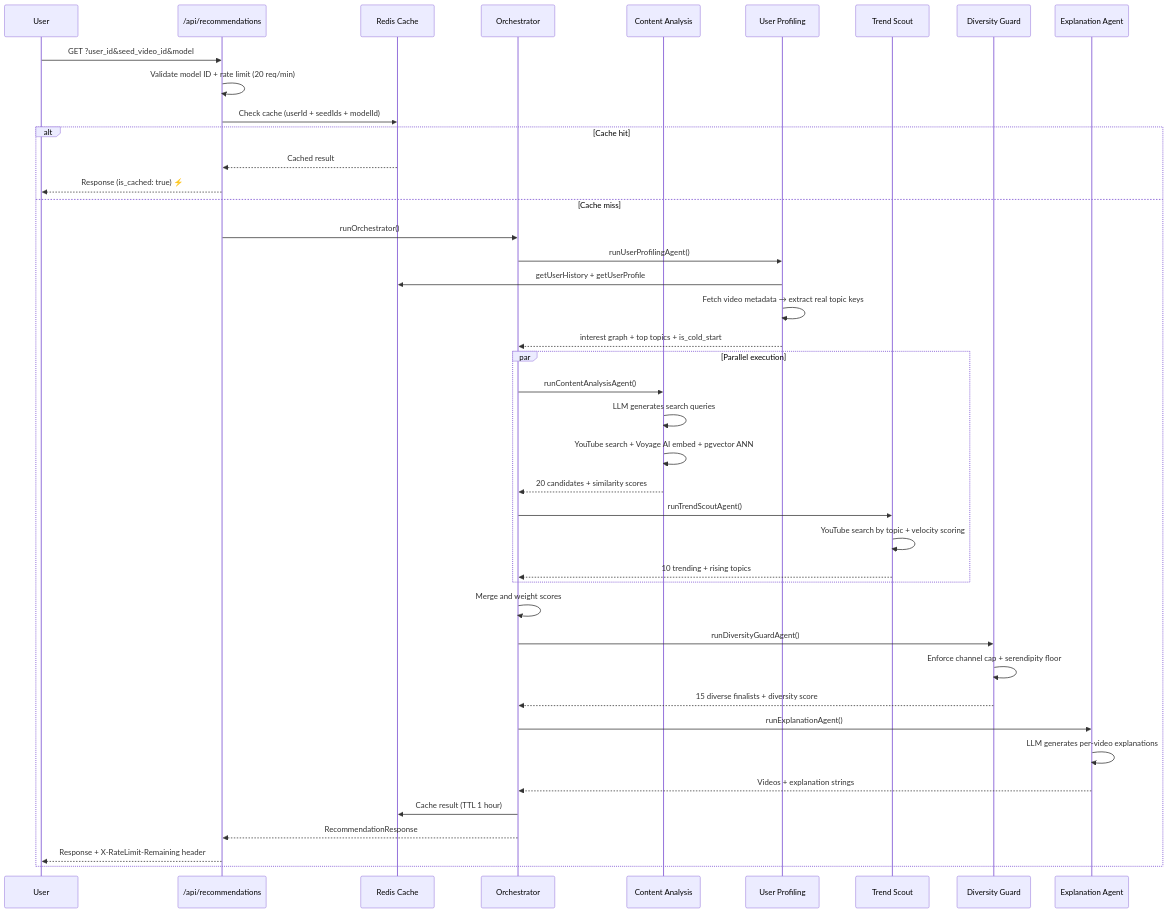
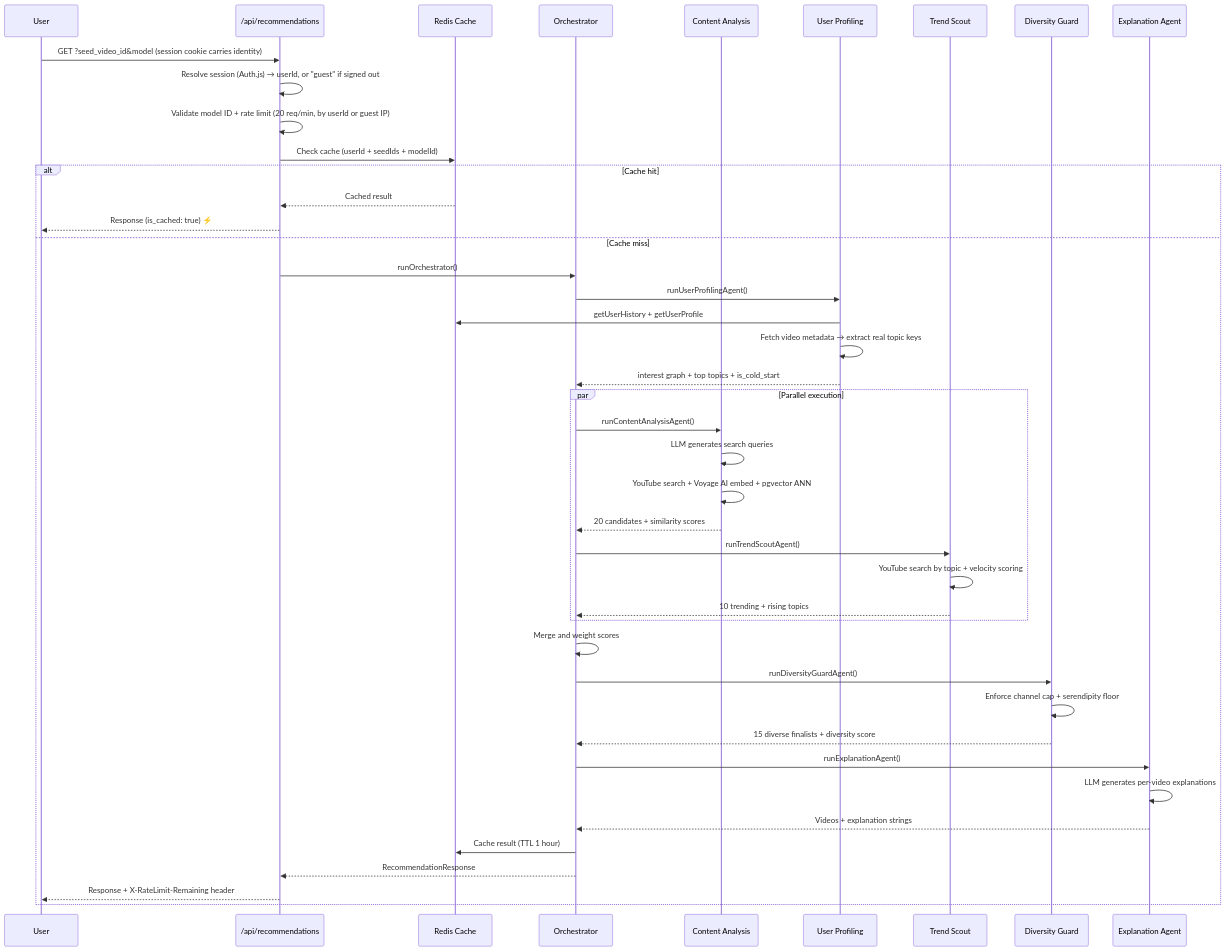
Before and after one commit to swathikchgithub/serendex: the second of 3 diagrams in DESIGN.md, drawn with Mermaid. The commit also changed other lines of this file and 2 other files, not shown here.

````diff
--- a/DESIGN.md
+++ b/DESIGN.md
@@ -227,51 +227,52 @@
 ```mermaid
 sequenceDiagram
     participant U as User
     participant API as /api/recommendations
     participant Cache as Redis Cache
     participant O as Orchestrator
     participant CA as Content Analysis
     participant UP as User Profiling
     participant TS as Trend Scout
     participant DG as Diversity Guard
     participant EA as Explanation Agent
 
-    U->>API: GET ?user_id&seed_video_id&model
-    API->>API: Validate model ID + rate limit (20 req/min)
+    U->>API: GET ?seed_video_id&model (session cookie carries identity)
+    API->>API: Resolve session (Auth.js) → userId, or "guest" if signed out
+    API->>API: Validate model ID + rate limit (20 req/min, by userId or guest IP)
     API->>Cache: Check cache (userId + seedIds + modelId)
 
     alt Cache hit
         Cache-->>API: Cached result
         API-->>U: Response (is_cached: true) ⚡
     else Cache miss
         API->>O: runOrchestrator()
         O->>UP: runUserProfilingAgent()
         UP->>Cache: getUserHistory + getUserProfile
         UP->>UP: Fetch video metadata → extract real topic keys
         UP-->>O: interest graph + top topics + is_cold_start
 
         par Parallel execution
             O->>CA: runContentAnalysisAgent()
             CA->>CA: LLM generates search queries
             CA->>CA: YouTube search + Voyage AI embed + pgvector ANN
             CA-->>O: 20 candidates + similarity scores
 
             O->>TS: runTrendScoutAgent()
             TS->>TS: YouTube search by topic + velocity scoring
             TS-->>O: 10 trending + rising topics
         end
 
         O->>O: Merge and weight scores
         O->>DG: runDiversityGuardAgent()
         DG->>DG: Enforce channel cap + serendipity floor
         DG-->>O: 15 diverse finalists + diversity score
 
         O->>EA: runExplanationAgent()
         EA->>EA: LLM generates per-video explanations
         EA-->>O: Videos + explanation strings
 
         O->>Cache: Cache result (TTL 1 hour)
         O-->>API: RecommendationResponse
         API-->>U: Response + X-RateLimit-Remaining header
     end
 ```
````
